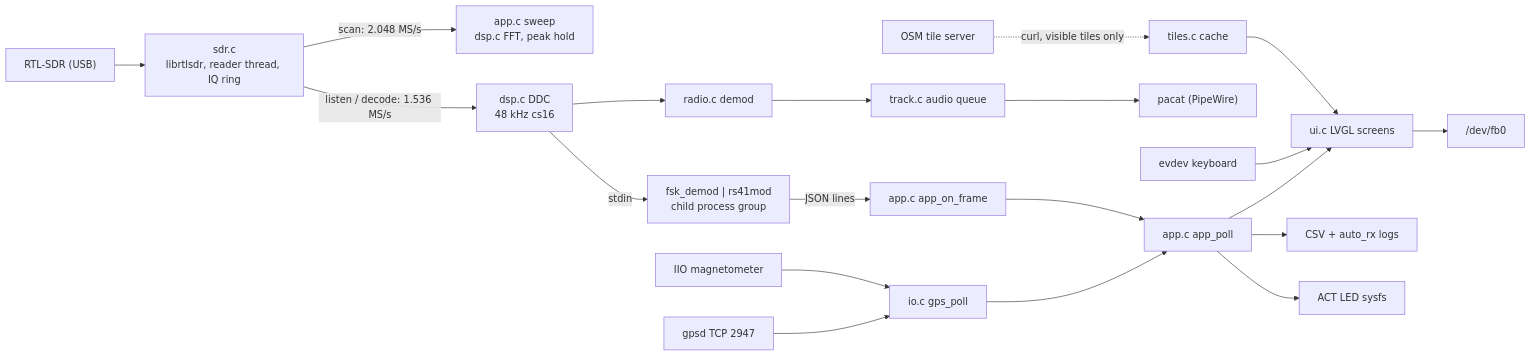
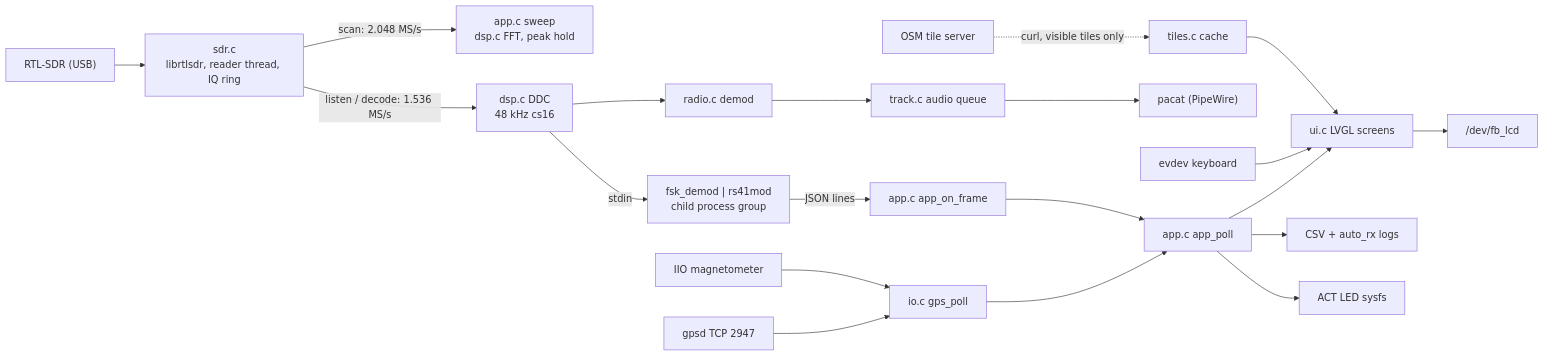
The diagram in docs/system-architecture.md (hieuha/CardputerZero-Sondechase), drawn with Mermaid before and after one commit. The commit also changed other lines of this file and 13 other files, not shown here.

````diff
--- a/docs/system-architecture.md
+++ b/docs/system-architecture.md
@@ -47,22 +47,22 @@
 ```mermaid
 flowchart LR
     RTL["RTL-SDR (USB)"] --> SDR["sdr.c<br/>librtlsdr, reader thread, IQ ring"]
     SDR -->|"scan: 2.048 MS/s"| SWEEP["app.c sweep<br/>dsp.c FFT, peak hold"]
     SDR -->|"listen / decode: 1.536 MS/s"| DDC["dsp.c DDC<br/>48 kHz cs16"]
     DDC -->|"stdin"| DEC["fsk_demod | rs41mod<br/>child process group"]
     DEC -->|"JSON lines"| FRAME["app.c app_on_frame"]
     DDC --> RADIO["radio.c demod"]
     RADIO --> AUDIO["track.c audio queue"]
     GPS["gpsd TCP 2947"] --> IO["io.c gps_poll"]
     MAG["IIO magnetometer"] --> IO
     IO --> APP["app.c app_poll"]
     FRAME --> APP
     APP --> UI["ui.c LVGL screens"]
     APP --> LOGS["CSV + auto_rx logs"]
     AUDIO --> PACAT["pacat (PipeWire)"]
     APP --> LED["ACT LED sysfs"]
     KBD["evdev keyboard"] --> UI
-    UI --> FB["/dev/fb0"]
+    UI --> FB["/dev/fb_lcd"]
     TILES["OSM tile server"] -.->|"curl, visible tiles only"| TILEC["tiles.c cache"]
     TILEC --> UI
 ```
````
